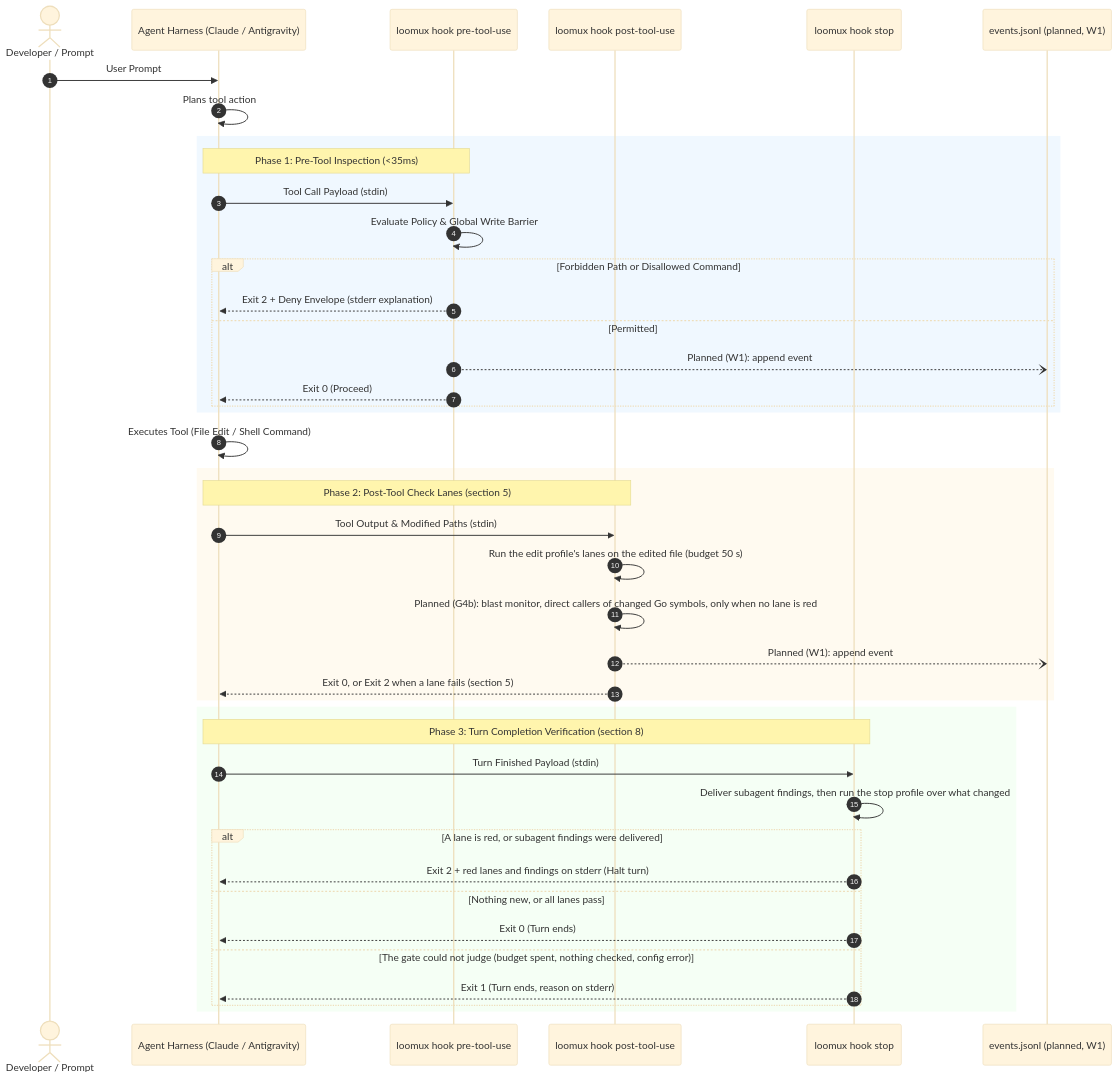
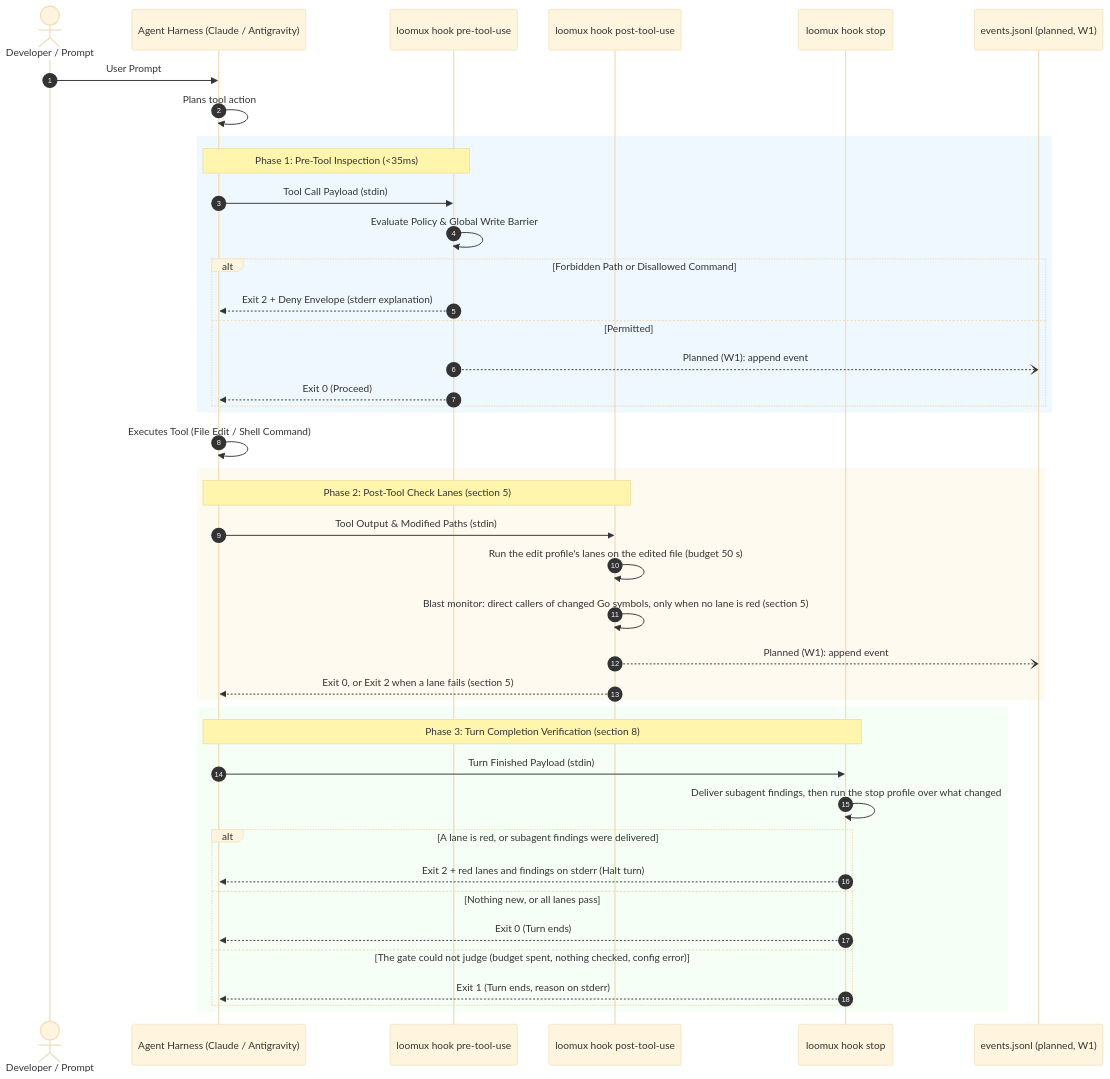
The first of 3 diagrams in docs/en/hooks.md (xidus90/loomux), drawn with Mermaid (base theme) before and after one commit. The commit also changed other lines of this file and 15 other files, not shown here.

First line of the commit message:
docs: document the blast radius, the graph kind and the edit monitor

````diff
--- a/docs/en/hooks.md
+++ b/docs/en/hooks.md
@@ -11,49 +11,49 @@
 ```mermaid
 sequenceDiagram
     autonumber
     actor Dev as Developer / Prompt
     participant Host as Agent Harness (Claude / Antigravity)
     participant Pre as loomux hook pre-tool-use
     participant Post as loomux hook post-tool-use
     participant Stop as loomux hook stop
     participant Journal as events.jsonl (planned, W1)
 
     Dev->>Host: User Prompt
     Host->>Host: Plans tool action
 
     rect rgb(240, 248, 255)
     Note over Host,Pre: Phase 1: Pre-Tool Inspection (<35ms)
     Host->>Pre: Tool Call Payload (stdin)
     Pre->>Pre: Evaluate Policy & Global Write Barrier
     alt Forbidden Path or Disallowed Command
         Pre-->>Host: Exit 2 + Deny Envelope (stderr explanation)
     else Permitted
         Pre--)Journal: Planned (W1): append event
         Pre-->>Host: Exit 0 (Proceed)
     end
     end
 
     Host->>Host: Executes Tool (File Edit / Shell Command)
 
     rect rgb(255, 250, 240)
     Note over Host,Post: Phase 2: Post-Tool Check Lanes (section 5)
     Host->>Post: Tool Output & Modified Paths (stdin)
     Post->>Post: Run the edit profile's lanes on the edited file (budget 50 s)
-    Post->>Post: Planned (G4b): blast monitor, direct callers of changed Go symbols, only when no lane is red
+    Post->>Post: Blast monitor: direct callers of changed Go symbols, only when no lane is red (section 5)
     Post--)Journal: Planned (W1): append event
     Post-->>Host: Exit 0, or Exit 2 when a lane fails (section 5)
     end
 
     rect rgb(245, 255, 245)
     Note over Host,Stop: Phase 3: Turn Completion Verification (section 8)
     Host->>Stop: Turn Finished Payload (stdin)
     Stop->>Stop: Deliver subagent findings, then run the stop profile over what changed
     alt A lane is red, or subagent findings were delivered
         Stop-->>Host: Exit 2 + red lanes and findings on stderr (Halt turn)
     else Nothing new, or all lanes pass
         Stop-->>Host: Exit 0 (Turn ends)
     else The gate could not judge (budget spent, nothing checked, config error)
         Stop-->>Host: Exit 1 (Turn ends, reason on stderr)
     end
     end
 ```
````
